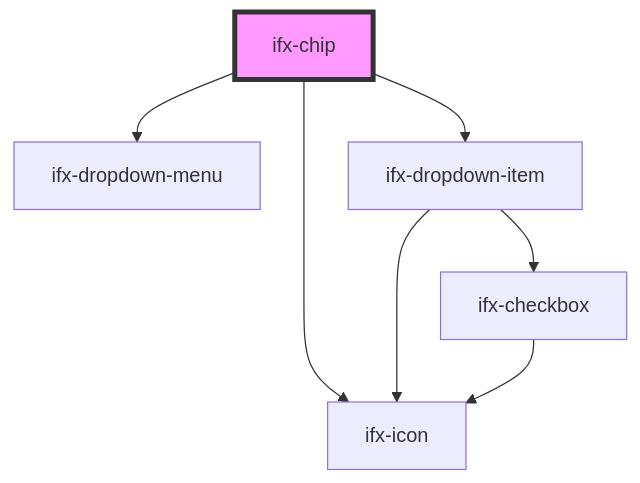
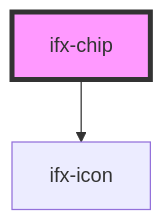
The diagram in packages/components/src/components/chips/readme.md (Infineon/infineon-design-system-stencil), drawn with Mermaid before and after one commit. The commit also changed other lines of this file and 2 other files, not shown here.

````diff
--- a/packages/components/src/components/chips/readme.md
+++ b/packages/components/src/components/chips/readme.md
@@ -24,10 +22,5 @@
 ```mermaid
 graph TD;
   ifx-chip --> ifx-icon
-  ifx-chip --> ifx-dropdown-menu
-  ifx-chip --> ifx-dropdown-item
-  ifx-dropdown-item --> ifx-checkbox
-  ifx-dropdown-item --> ifx-icon
-  ifx-checkbox --> ifx-icon
   style ifx-chip fill:#f9f,stroke:#333,stroke-width:4px
 ```
````
